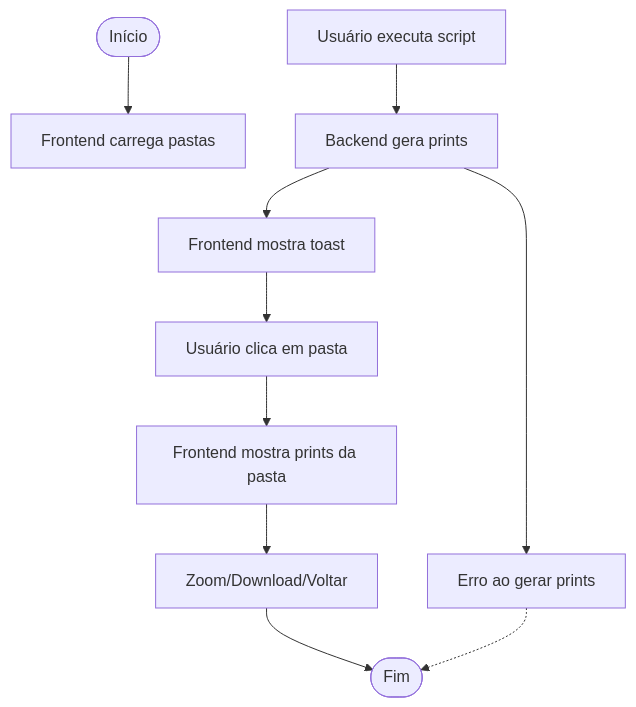
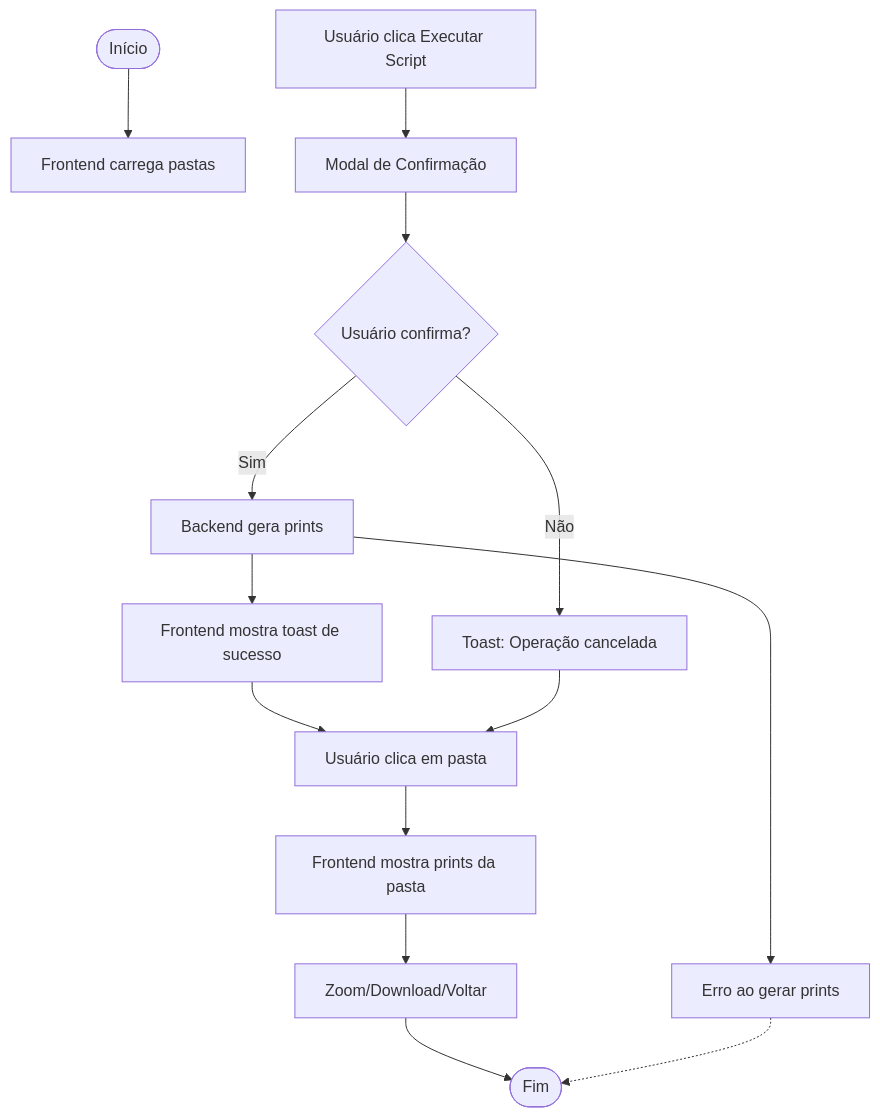
Before and after one commit to Brunoxd23/Project-Prints: the diagram in README.md, drawn with Mermaid. The commit also changed other lines of this file and 6 other files, not shown here.

````diff
--- a/README.md
+++ b/README.md
@@ -3,24 +3,31 @@
 ```mermaid
 flowchart TD
   Start([Início])
   Carrega[Frontend carrega pastas]
-  Executa[Usuário executa script]
+  Executa[Usuário clica Executar Script]
+  Modal[Modal de Confirmação]
+  Confirma{Usuário confirma?}
+  Cancela[Toast: Operação cancelada]
   Backend[Backend gera prints]
-  Toast[Frontend mostra toast]
+  Toast[Frontend mostra toast de sucesso]
   Clica[Usuário clica em pasta]
   Mostra[Frontend mostra prints da pasta]
   Zoom[Zoom/Download/Voltar]
   Fim([Fim])
   Erro[Erro ao gerar prints]
 
   Start --> Carrega
-  Executa --> Backend
+  Executa --> Modal
+  Modal --> Confirma
+  Confirma -->|Sim| Backend
+  Confirma -->|Não| Cancela
   Backend --> Toast
   Backend --> Erro
   Toast --> Clica
+  Cancela --> Clica
   Clica --> Mostra
   Mostra --> Zoom
   Zoom --> Fim
   Erro -.-> Fim
 
 ```
````
